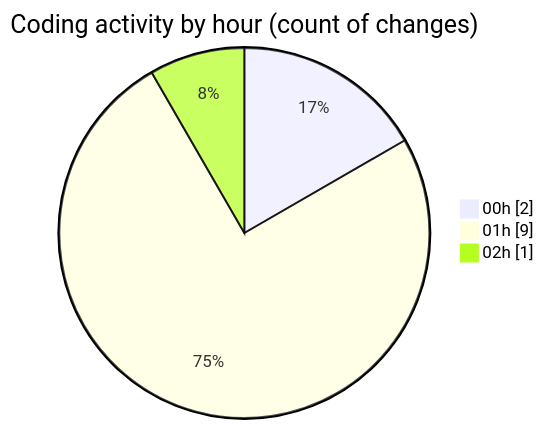
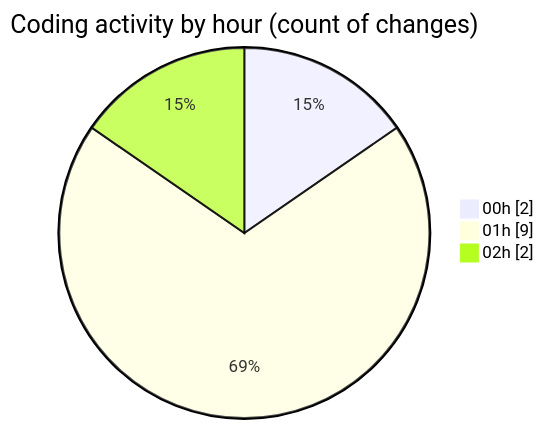
One commit to julien-gomy/code-tracking changed the second of 2 diagrams in 2025-10-17/cdp_aleoudev_fr__workspace_/README.md. Above: the diagram before and after it, drawn with Mermaid. The commit also changed other lines of this file and 1 other file, not shown here.

````diff
--- a/2025-10-17/cdp_aleoudev_fr__workspace_/README.md
+++ b/2025-10-17/cdp_aleoudev_fr__workspace_/README.md
@@ -32,7 +32,7 @@
 ```mermaid
 pie showData
 title Coding activity by hour (count of changes)
 "00h" : 2
 "01h" : 9
-"02h" : 1
+"02h" : 2
 ```
````
